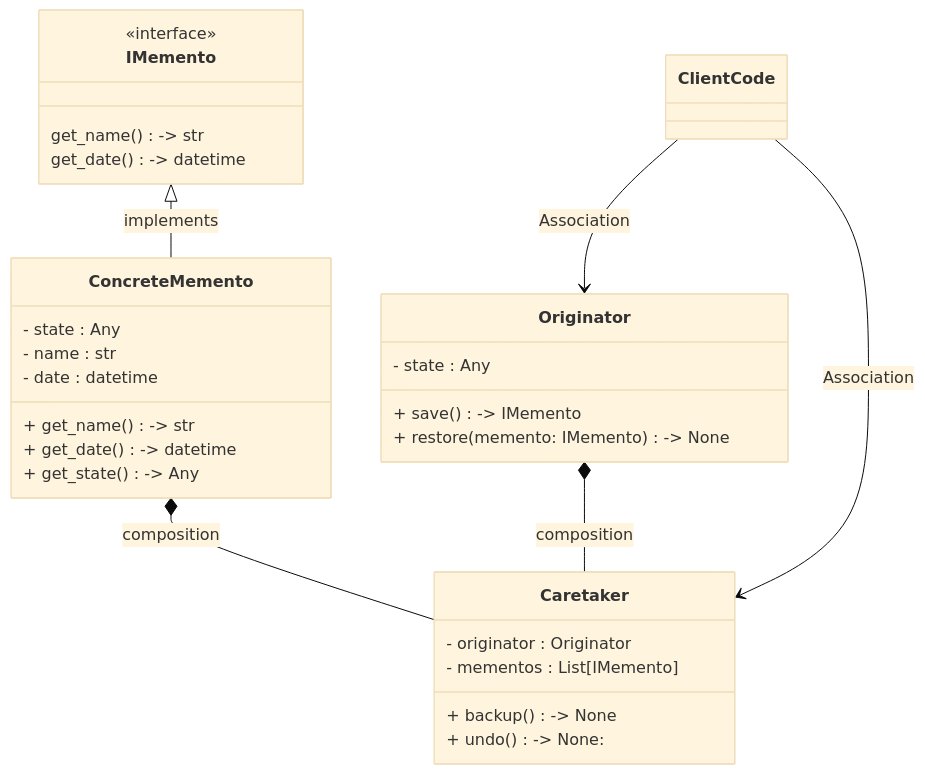
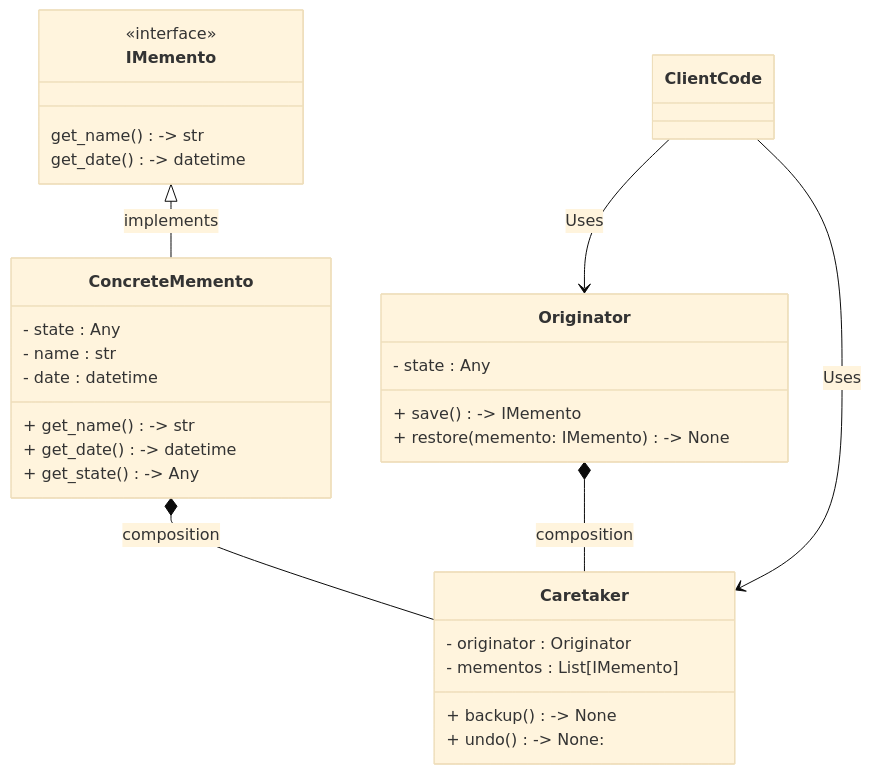
The diagram in behavioral/memento/README.md (eduardoyanoliveira/design_patterns), drawn with Mermaid (base theme) before and after one commit.

````diff
--- a/behavioral/memento/README.md
+++ b/behavioral/memento/README.md
@@ -34,33 +34,33 @@
 ```mermaid
 classDiagram
 class IMemento
 <<interface>> IMemento
 IMemento : get_name() -> str
 IMemento : get_date() -> datetime
 class ClientCode
 class Originator{
     - state : Any
     + save() -> IMemento
     + restore(memento: IMemento) -> None
 }
 class ConcreteMemento{
     - state : Any
     - name : str
     - date : datetime
     + get_name() -> str
     + get_date() -> datetime
     + get_state() -> Any
 }
 class Caretaker{
     - originator : Originator
     - mementos : List[IMemento]
     + backup() -> None
     + undo() -> None:
 }
 IMemento <|-- ConcreteMemento : implements
 Originator *-- Caretaker : composition
 ConcreteMemento *-- Caretaker : composition
-ClientCode --> Originator : Association
-ClientCode --> Caretaker : Association
+ClientCode --> Originator : Uses
+ClientCode --> Caretaker : Uses
 
 ```
````
